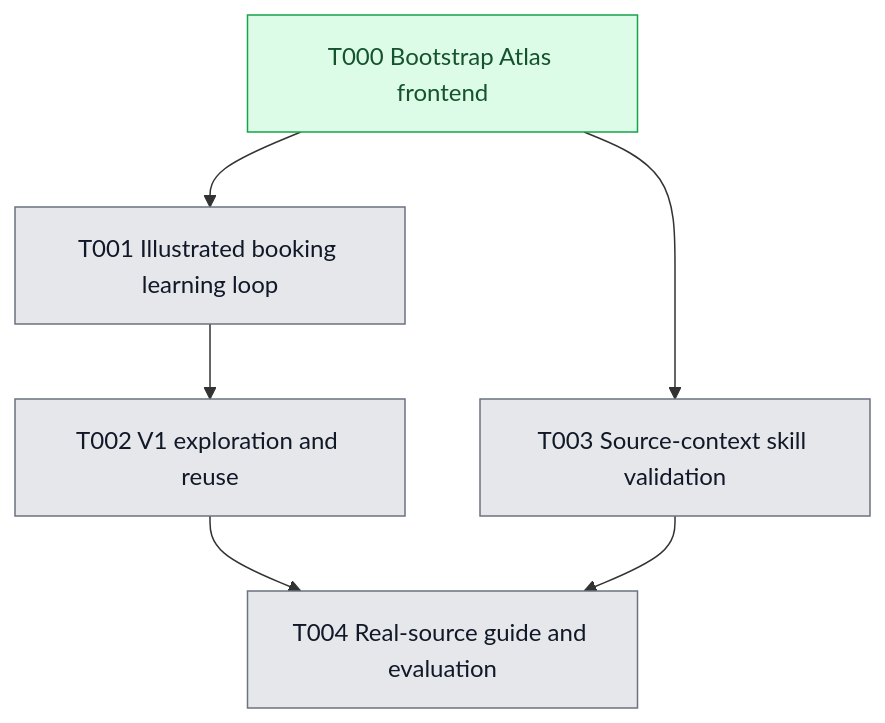
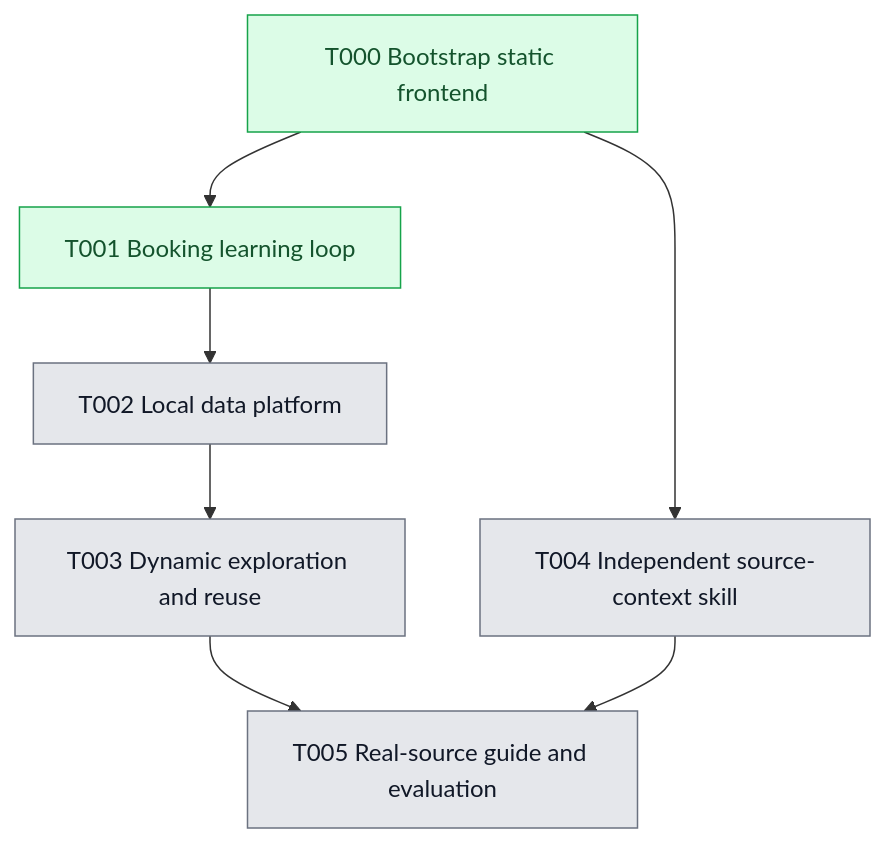
One commit to 0-sayed/atlas changed the diagram in planning/roadmap/dependencies.mmd. Above: the diagram before and after it, drawn with Mermaid. The commit also changed 6 other files, not shown here.

First line of the commit message:
docs(planning): adopt v0.10 local data platform roadmap (#3)

```diff
--- a/planning/roadmap/dependencies.mmd
+++ b/planning/roadmap/dependencies.mmd
@@ -1,18 +1,20 @@
 flowchart TD
-  T000["T000 Bootstrap Atlas frontend"]
-  T001["T001 Illustrated booking learning loop"]
-  T002["T002 V1 exploration and reuse"]
-  T003["T003 Source-context skill validation"]
-  T004["T004 Real-source guide and evaluation"]
+  T000["T000 Bootstrap static frontend"]
+  T001["T001 Booking learning loop"]
+  T002["T002 Local data platform"]
+  T003["T003 Dynamic exploration and reuse"]
+  T004["T004 Independent source-context skill"]
+  T005["T005 Real-source guide and evaluation"]
 
   T000 --> T001
-  T000 --> T003
   T001 --> T002
-  T002 --> T004
-  T003 --> T004
+  T002 --> T003
+  T000 --> T004
+  T003 --> T005
+  T004 --> T005
 
   %% Match each node's class to the Done column in tasks.md.
   classDef pending fill:#E5E7EB,stroke:#6B7280,color:#111827
   classDef done fill:#DCFCE7,stroke:#16A34A,color:#14532D
-  class T000 done
-  class T001,T002,T003,T004 pending
+  class T000,T001 done
+  class T002,T003,T004,T005 pending
```
